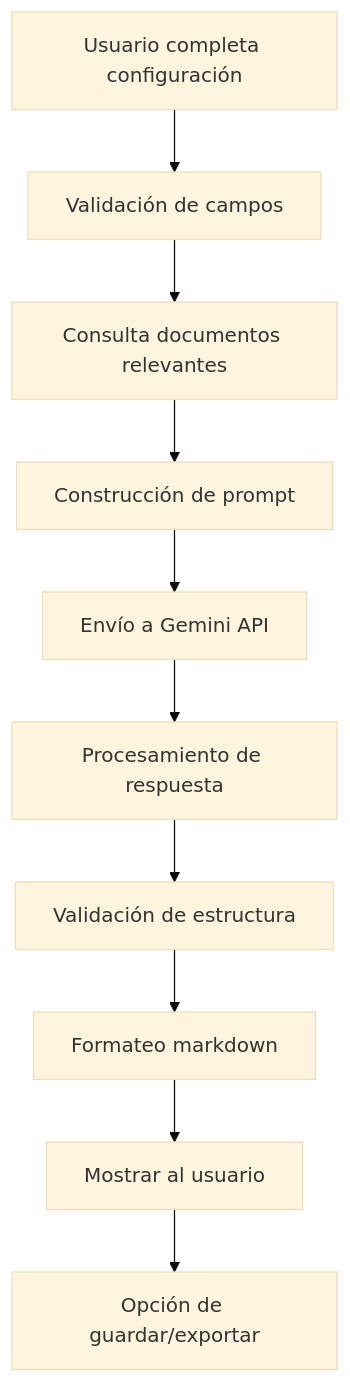
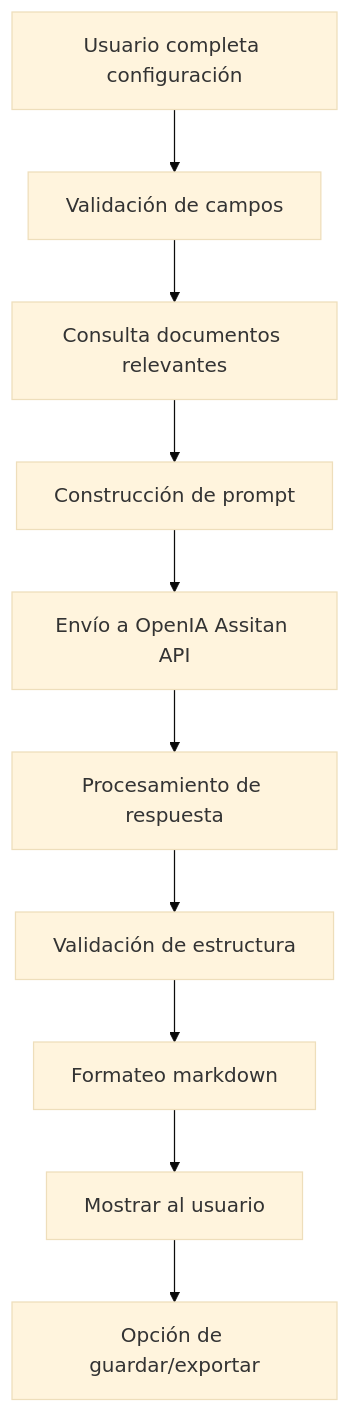
The third of 6 diagrams in README.md (Curriaga2002/tutor-agente-ia), drawn with Mermaid (base theme) before and after one commit. The commit also changed other lines of this file, not shown here.

````diff
--- a/README.md
+++ b/README.md
@@ -171,12 +171,12 @@
 ```mermaid
 flowchart TD
     A[Usuario completa configuración] --> B[Validación de campos]
     B --> C[Consulta documentos relevantes]
     C --> D[Construcción de prompt]
-    D --> E[Envío a Gemini API]
+    D --> E[Envío a OpenIA Assitan API]
     E --> F[Procesamiento de respuesta]
     F --> G[Validación de estructura]
     G --> H[Formateo markdown]
     H --> I[Mostrar al usuario]
     I --> J[Opción de guardar/exportar]
 ```
````
